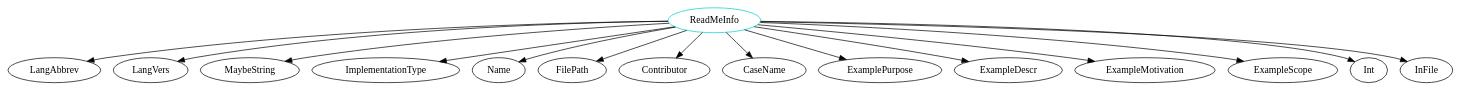
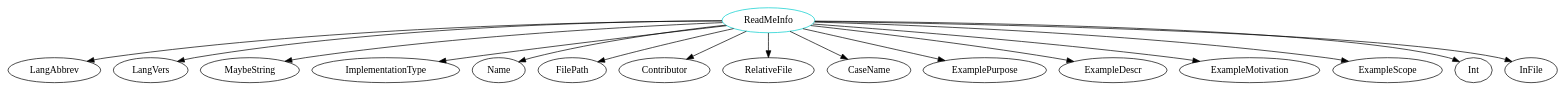
Before and after one commit to JacquesCarette/Drasil: the diagram in analysis/TypeDependencyGraphs/code/ReadMeInfo.dot, drawn with Graphviz. The commit also changed 818 other files, not shown here.

```diff
--- a/analysis/TypeDependencyGraphs/code/ReadMeInfo.dot
+++ b/analysis/TypeDependencyGraphs/code/ReadMeInfo.dot
@@ -1,17 +1,18 @@
 digraph readmeinfo{
 ReadMeInfo	[shape=oval, color=cyan3, label="ReadMeInfo"];
 ReadMeInfo -> LangAbbrev;
 ReadMeInfo -> LangVers;
 ReadMeInfo -> MaybeString;
 ReadMeInfo -> ImplementationType;
 ReadMeInfo -> Name;
 ReadMeInfo -> FilePath;
 ReadMeInfo -> Contributor;
+ReadMeInfo -> RelativeFile;
 ReadMeInfo -> CaseName;
 ReadMeInfo -> ExamplePurpose;
 ReadMeInfo -> ExampleDescr;
 ReadMeInfo -> ExampleMotivation;
 ReadMeInfo -> ExampleScope;
 ReadMeInfo -> Int;
 ReadMeInfo -> InFile;
 }
```
